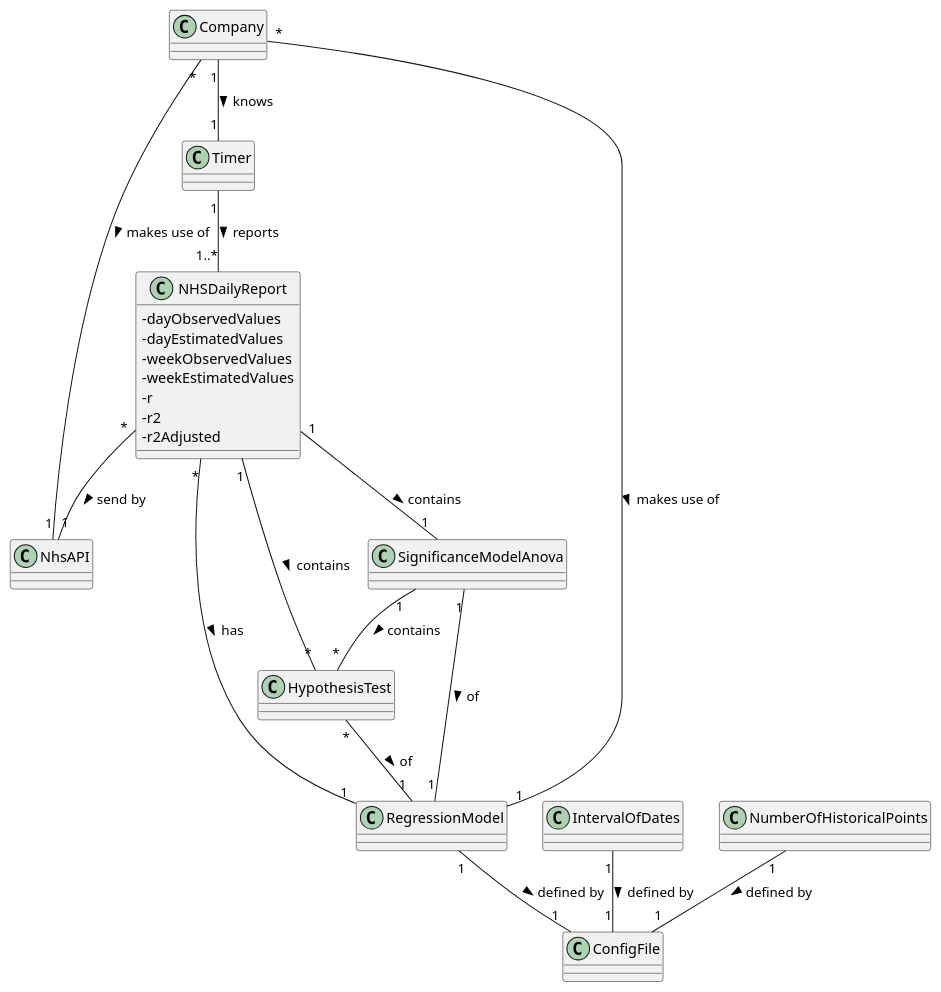
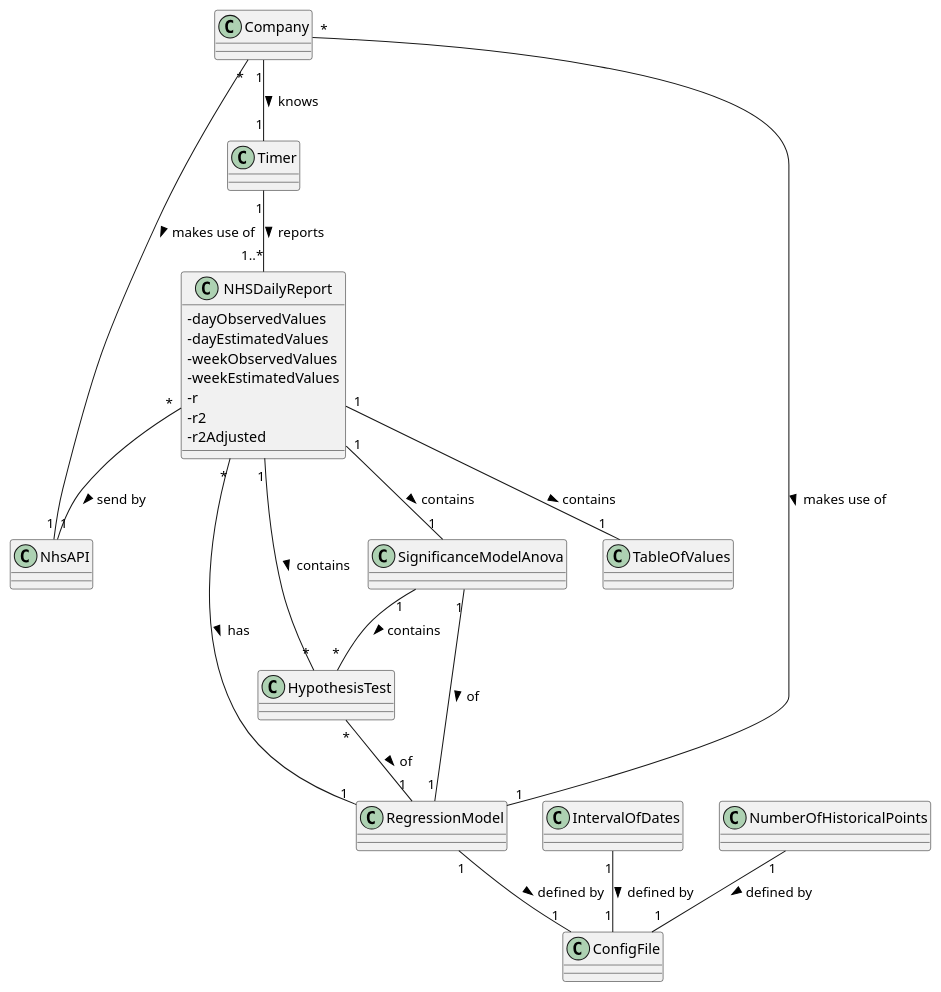
One commit to ana-albergaria/LAPR2-ISEP changed the diagram in docs/SprintD/US_19/US19_DM.puml. Above: the diagram before and after it, drawn with PlantUML. The commit also changed 12 other files, not shown here.

```diff
--- a/docs/SprintD/US_19/US19_DM.puml
+++ b/docs/SprintD/US_19/US19_DM.puml
@@ -1,52 +1,55 @@
 @startuml
 
 skinparam classAttributeIconSize 0
 
 class Timer {}
 class NhsAPI{}
 class NHSDailyReport {
 - dayObservedValues
 - dayEstimatedValues
 - weekObservedValues
 - weekEstimatedValues
 - r
 - r2
 - r2Adjusted
 }
 
 class RegressionModel {}
 
 class ConfigFile {}
 
 'The interval of dates to fit the regression model
 class IntervalOfDates {}
 
 'Number of days and number of weeks
 class NumberOfHistoricalPoints {}
 
 'hypothesis tests for regression coefficients
 class HypothesisTest {}
 
 'significance model with Anova.
 class SignificanceModelAnova {}
 
+class TableOfValues {}
+
 Timer "1" -- "1..*" NHSDailyReport : reports >
 Company "1" -- "1" Timer : knows >
 Company "*" - "1" NhsAPI : makes use of >
 NHSDailyReport "*" -- "1" NhsAPI : send by >
 NHSDailyReport "*" -- "1" RegressionModel : has >
 NHSDailyReport "1" -- "*" HypothesisTest : contains >
 NHSDailyReport "1" -- "1" SignificanceModelAnova : contains >
 Company "*" -- "1" RegressionModel : makes use of >
 HypothesisTest "*" -- "1" RegressionModel : of >
 SignificanceModelAnova "1" -- "1" RegressionModel : of >
 SignificanceModelAnova "1" -- "*" HypothesisTest : contains >
+NHSDailyReport "1" -- "1" TableOfValues : contains >
 
 'Apagar posteriormente
 RegressionModel "1" -- "1" ConfigFile : defined by >
 IntervalOfDates "1" -- "1" ConfigFile : defined by >
 NumberOfHistoricalPoints "1" -- "1" ConfigFile : defined by >
 
 
 
 @enduml
```
